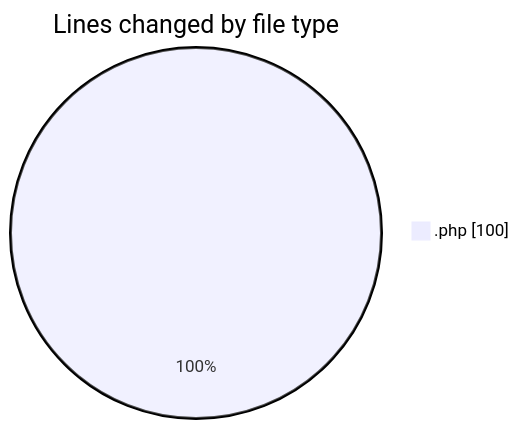
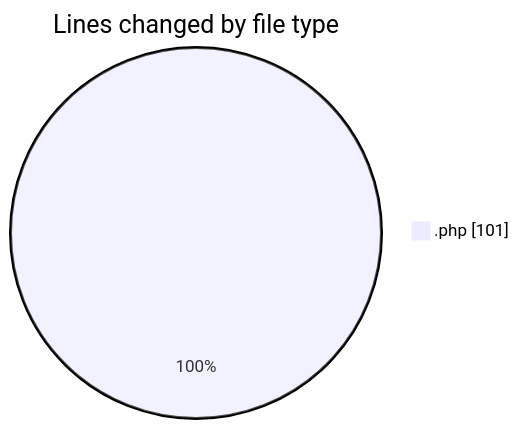
One commit to LanceThiago/code-tracking changed the first of 2 diagrams in 2025-04-23/oficina/README.md. Above: the diagram before and after it, drawn with Mermaid. The commit also changed other lines of this file and 1 other file, not shown here.

````diff
--- a/2025-04-23/oficina/README.md
+++ b/2025-04-23/oficina/README.md
@@ -20,5 +20,5 @@
 ```mermaid
 pie showData
 title Lines changed by file type
-".php" : 100
+".php" : 101
 ```
````
